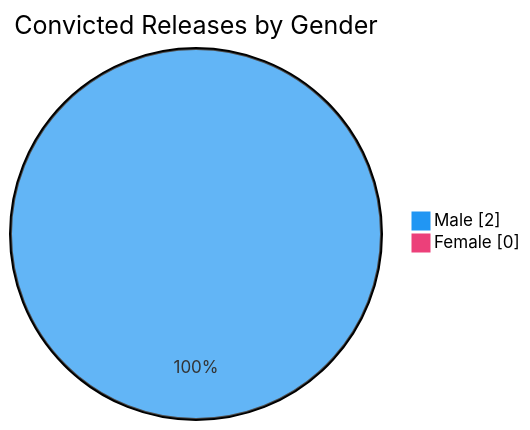
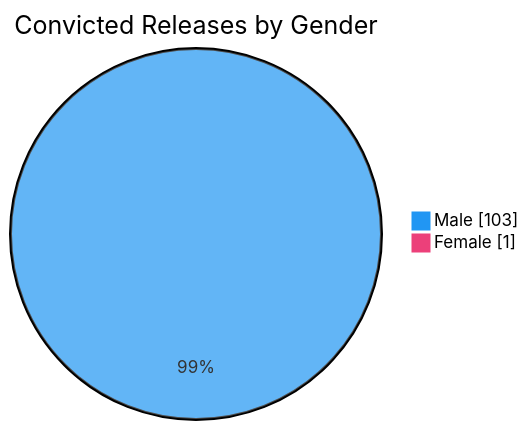
Before and after one commit to nuuuwan/lk_prisons: the sixth of 7 diagrams in README.md, drawn with Mermaid. The commit also changed other lines of this file and 1 other file, not shown here.

````diff
--- a/README.md
+++ b/README.md
@@ -98,6 +98,6 @@
 ```mermaid
 %%{init: {'themeVariables': {'pie1': '#2196F3', 'pie2': '#EC407A'}}}%%
 pie showData title Convicted Releases by Gender
-    "Male" : 2
-    "Female" : 0
+    "Male" : 103
+    "Female" : 1
 ```
````
